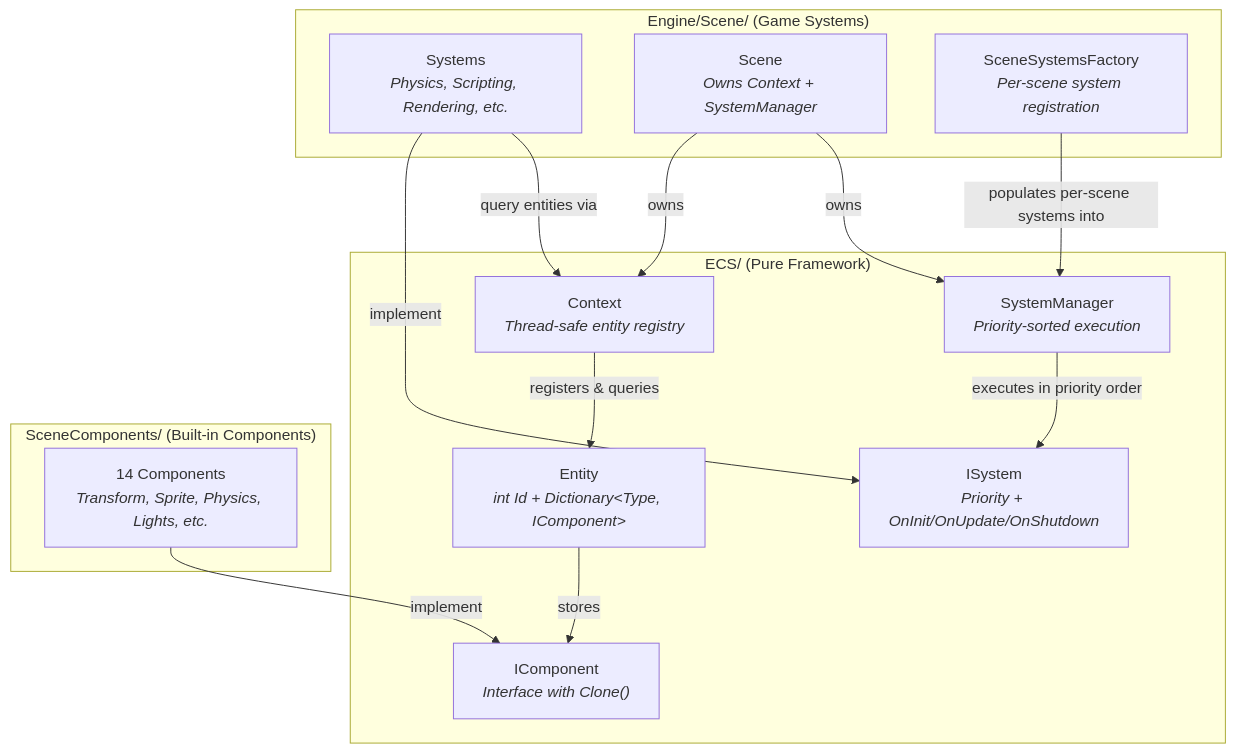
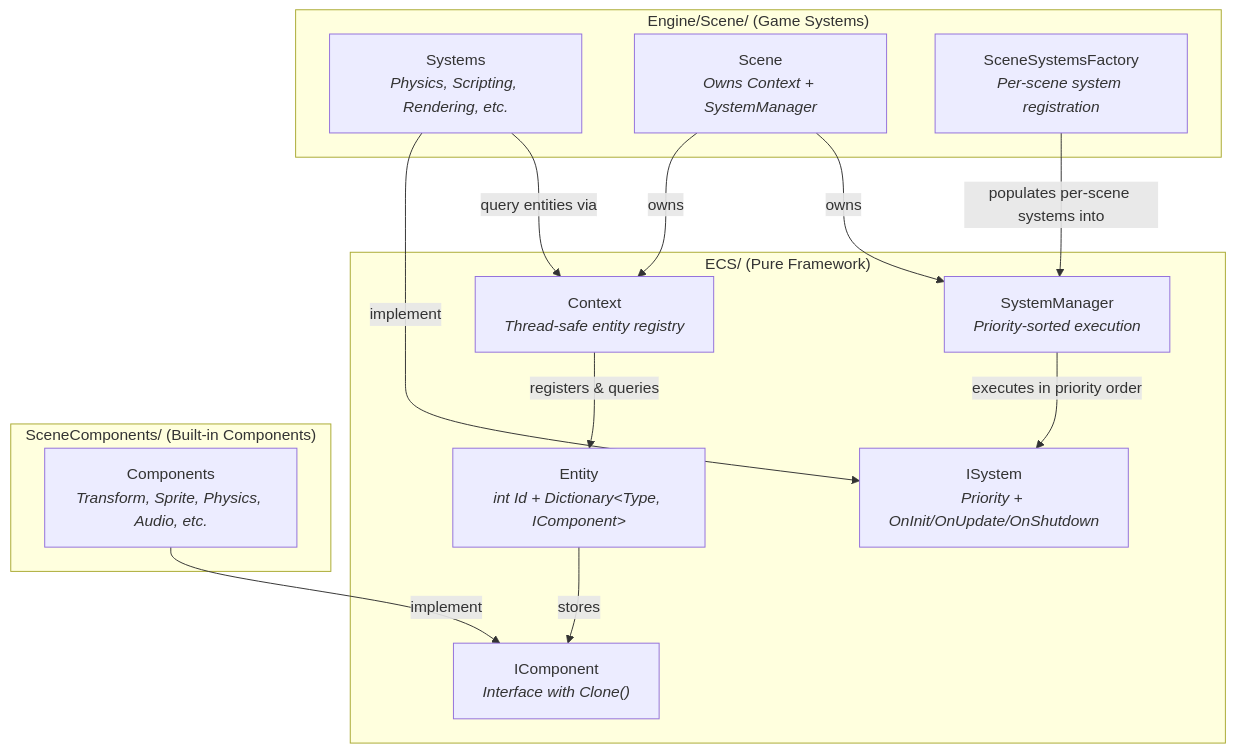
One commit to kateusz/GameEngine changed the first of 5 diagrams in docs/architecture/ecs-architecture.md. Above: the diagram before and after it, drawn with Mermaid. The commit also changed other lines of this file and 229 other files, not shown here.

````diff
--- a/docs/architecture/ecs-architecture.md
+++ b/docs/architecture/ecs-architecture.md
@@ -9,30 +9,30 @@
 ```mermaid
 graph TB
     subgraph "ECS/ (Pure Framework)"
         Entity["Entity<br/><i>int Id + Dictionary&lt;Type, IComponent&gt;</i>"]
         IComponent["IComponent<br/><i>Interface with Clone()</i>"]
         Context["Context<br/><i>Thread-safe entity registry</i>"]
         ISystem["ISystem<br/><i>Priority + OnInit/OnUpdate/OnShutdown</i>"]
         SystemManager["SystemManager<br/><i>Priority-sorted execution</i>"]
     end
 
     subgraph "SceneComponents/ (Built-in Components)"
-        Components["14 Components<br/><i>Transform, Sprite, Physics, Lights, etc.</i>"]
+        Components["Components<br/><i>Transform, Sprite, Physics, Audio, etc.</i>"]
     end
 
     subgraph "Engine/Scene/ (Game Systems)"
         Systems["Systems<br/><i>Physics, Scripting, Rendering, etc.</i>"]
         Scene["Scene<br/><i>Owns Context + SystemManager</i>"]
         SceneSystemsFactory["SceneSystemsFactory<br/><i>Per-scene system registration</i>"]
     end
 
     Entity -->|stores| IComponent
     Context -->|registers & queries| Entity
     SystemManager -->|executes in priority order| ISystem
     Scene -->|owns| Context
     Scene -->|owns| SystemManager
     SceneSystemsFactory -->|populates per-scene systems into| SystemManager
     Components -->|implement| IComponent
     Systems -->|implement| ISystem
     Systems -->|query entities via| Context
 ```
````
